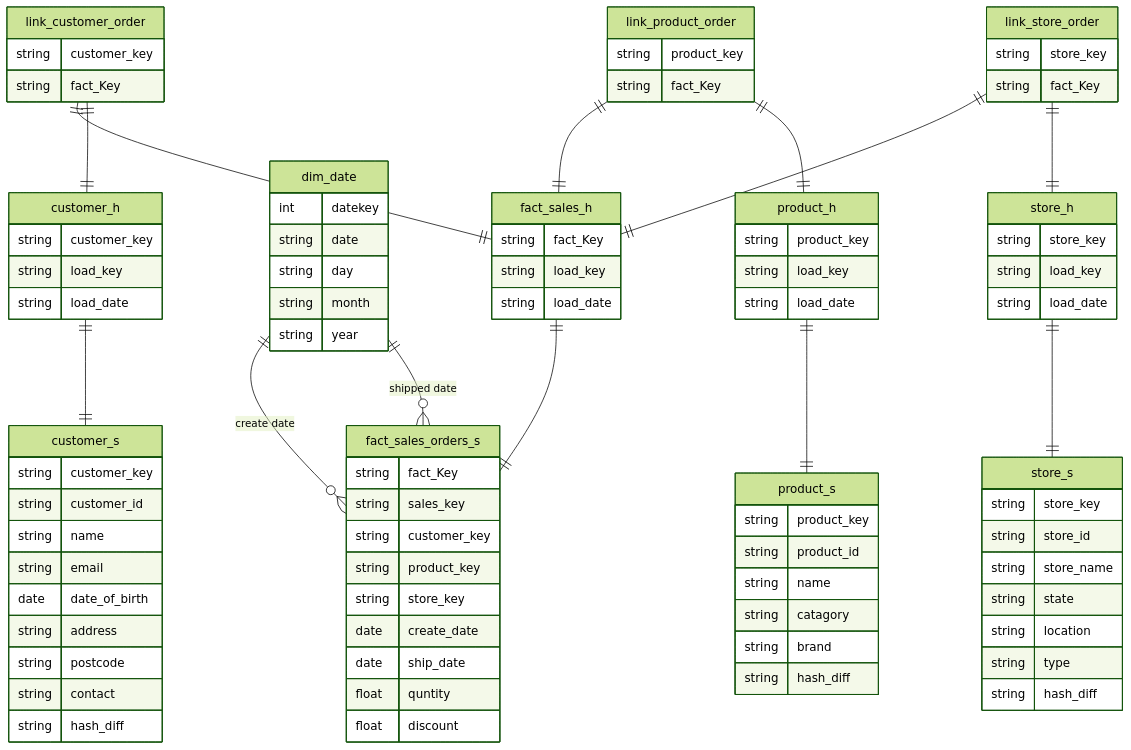
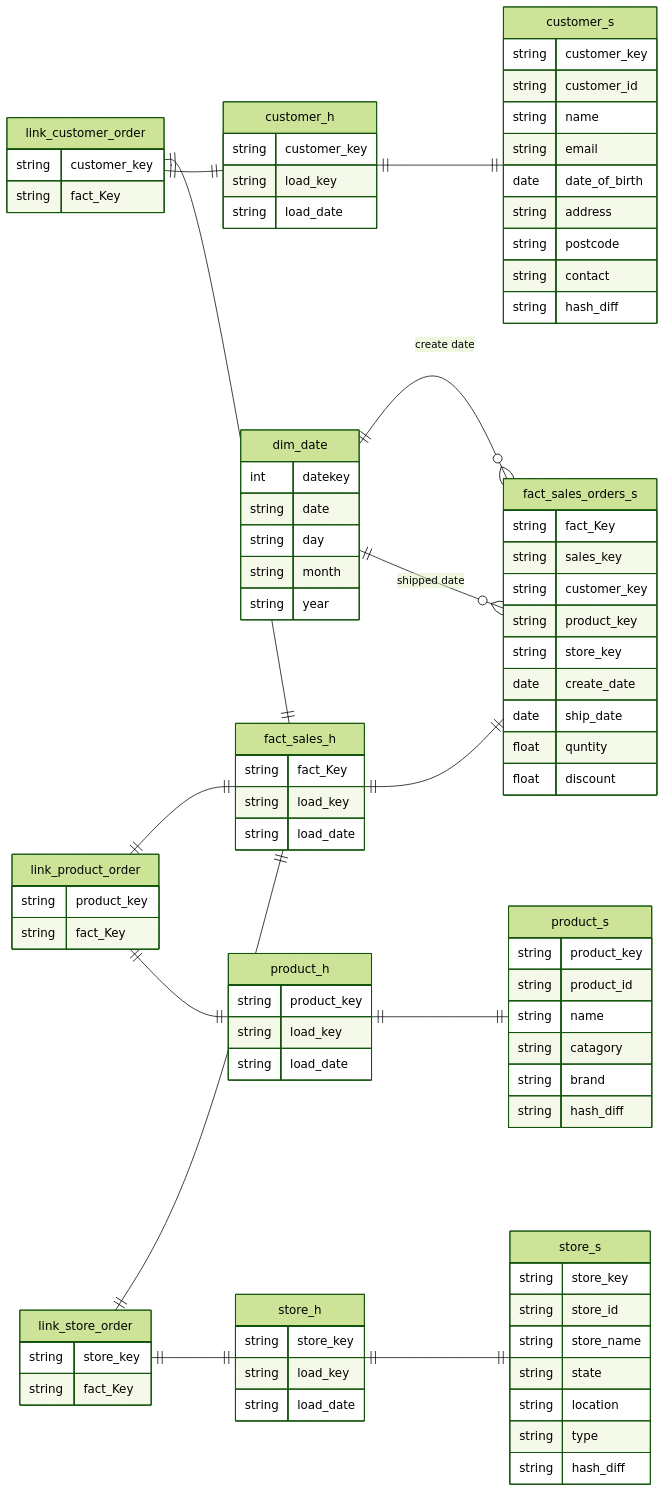
The diagram in EXL Data Modelling/intereview.mmd (bajpai-ashish/gitHub), drawn with Mermaid (forest theme) before and after one commit.

```diff
--- a/EXL Data Modelling/intereview.mmd
+++ b/EXL Data Modelling/intereview.mmd
@@ -1,94 +1,94 @@
 erDiagram
-    direction TB
+    direction LR
 
     customer_h {
         string customer_key
         string load_key 
         string load_date
     }
     dim_date {
         int datekey
         string date 
         string day
         string month
         string year
     }
     customer_s {
         string customer_key
         string customer_id 
         string name
         string email
         date date_of_birth
         string address
         string postcode
         string contact
         string hash_diff
     }
     product_h {
         string product_key
         string load_key 
         string load_date
     }
     product_s {
         string product_key
         string product_id 
         string name
         string catagory
         string brand
         string hash_diff
     }
     store_h {
         string store_key
         string load_key 
         string load_date
     }
     store_s {
         string store_key
         string store_id 
         string store_name
         string state
         string location
         string type
         string hash_diff
     }
     fact_sales_h {
         string fact_Key
         string load_key 
         string load_date
     }
     fact_sales_orders_s {
         string fact_Key
         string sales_key
         string customer_key
         string product_key
         string store_key
         date create_date
         date ship_date
         float quntity
         float discount
     }
     link_customer_order {
         string customer_key
         string fact_Key
     }
     link_product_order {
         string product_key
         string fact_Key
     }
     link_store_order {
         string store_key
         string fact_Key
     }
 
     customer_h ||--|| customer_s : ""
     product_h ||--|| product_s : ""
     store_h ||--|| store_s : ""
     fact_sales_h ||--|| fact_sales_orders_s : ""
     link_customer_order ||--|| fact_sales_h : ""
     link_customer_order ||--|| customer_h : ""
     link_product_order ||--|| fact_sales_h : ""
     link_product_order ||--|| product_h : ""
     link_store_order ||--|| fact_sales_h : ""
     link_store_order ||--|| store_h : ""
     dim_date ||--o{ fact_sales_orders_s : "create date"
     dim_date ||--o{ fact_sales_orders_s : "shipped date"
```
